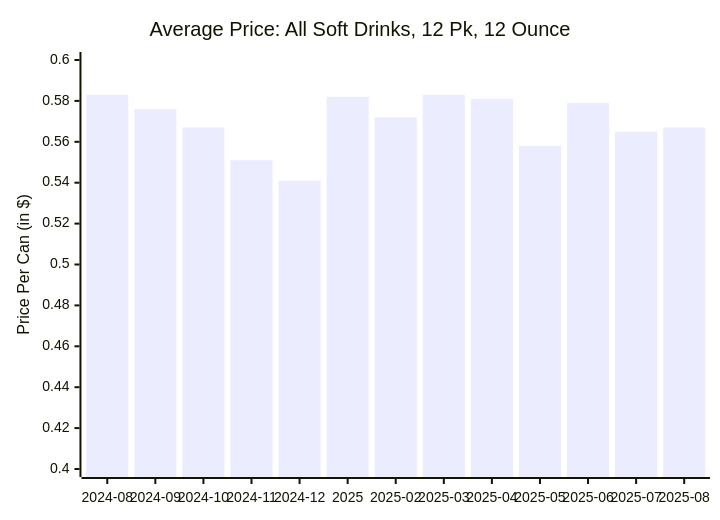
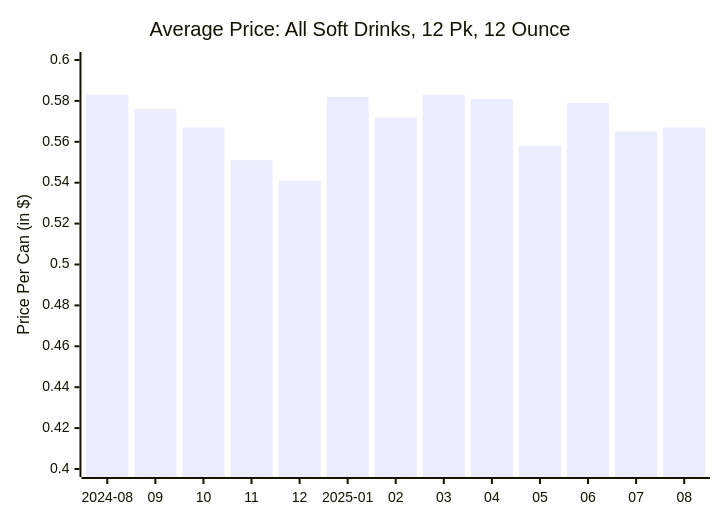
One commit to ziangziangziang/InvestmentWeeklyReport changed the first of 3 diagrams in foresee/20251006.md. Above: the diagram before and after it, drawn with Mermaid. The commit also changed 1 other file, not shown here.

Commit message:
fix: mermaid font missing on iOS Safari

````diff
--- a/foresee/20251006.md
+++ b/foresee/20251006.md
@@ -37,7 +37,7 @@
 ``` mermaid
 xychart
 title "Average Price: All Soft Drinks, 12 Pk, 12 Ounce"
-x-axis [2024-08, 2024-09, 2024-10, 2024-11, 2024-12, 2025, 2025-02, 2025-03, 2025-04, 2025-05, 2025-06, 2025-07, 2025-08]
+x-axis [2024-08, 09, 10, 11, 12, 2025-01, 02, 03, 04, 05, 06, 07, 08]
 y-axis "Price Per Can (in $)" 0.4 --> 0.6
 bar [0.583, 0.576, 0.567, 0.551, 0.541, 0.582, 0.572, 0.583, 0.581, 0.558, 0.579, 0.565, 0.567]
 ```
````
